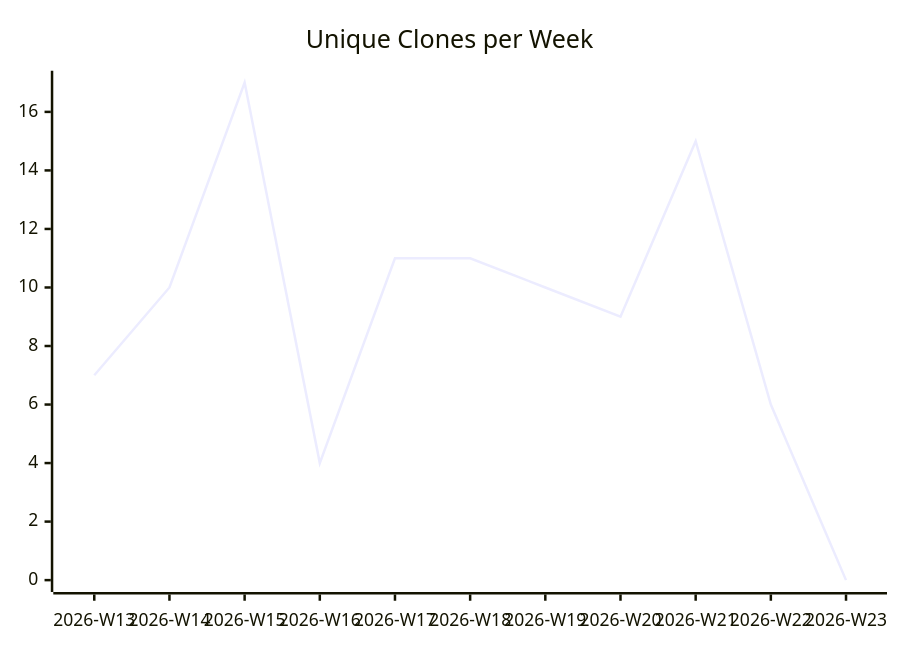
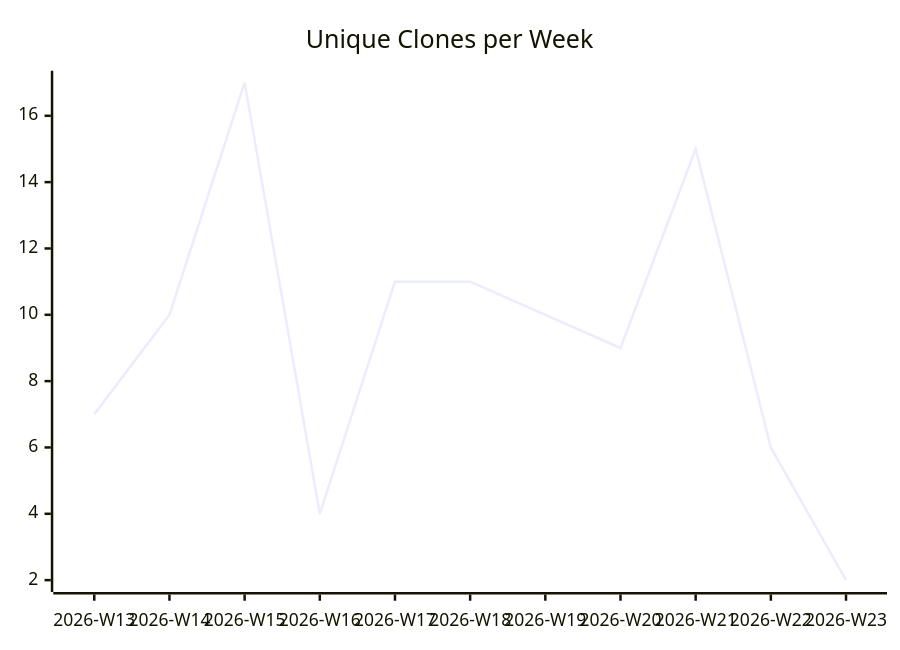
Before and after one commit to justdavis-family/github-analytics-data: the third of 3 diagrams in karlmdavis/ksoap2-android/README.md, drawn with Mermaid. The commit also changed other lines of this file and 186 other files, not shown here.

````diff
--- a/karlmdavis/ksoap2-android/README.md
+++ b/karlmdavis/ksoap2-android/README.md
@@ -19,6 +19,6 @@
 ```mermaid
 xychart-beta
   title "Unique Clones per Week"
   x-axis ["2026-W13", "2026-W14", "2026-W15", "2026-W16", "2026-W17", "2026-W18", "2026-W19", "2026-W20", "2026-W21", "2026-W22", "2026-W23"]
-  line [7, 10, 17, 4, 11, 11, 10, 9, 15, 6, 0]
+  line [7, 10, 17, 4, 11, 11, 10, 9, 15, 6, 2]
 ```
````
